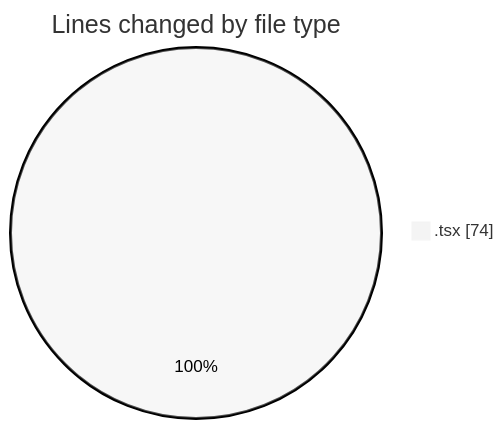
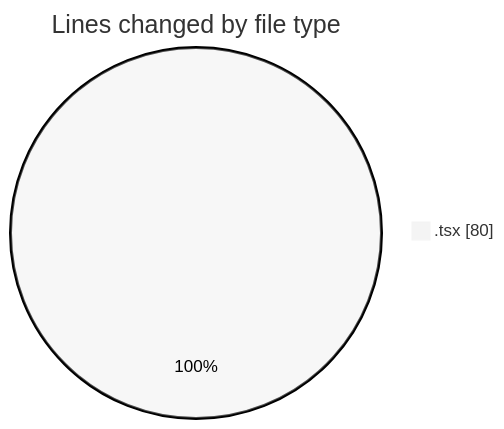
One commit to momahboobian/code-tracking changed the first of 2 diagrams in 2026-11-06/cda/README.md. Above: the diagram before and after it, drawn with Mermaid (neutral theme). The commit also changed other lines of this file and 1 other file, not shown here.

````diff
--- a/2026-11-06/cda/README.md
+++ b/2026-11-06/cda/README.md
@@ -21,5 +21,5 @@
 ```mermaid
 pie showData
 title Lines changed by file type
-".tsx" : 74
+".tsx" : 80
 ```
````
